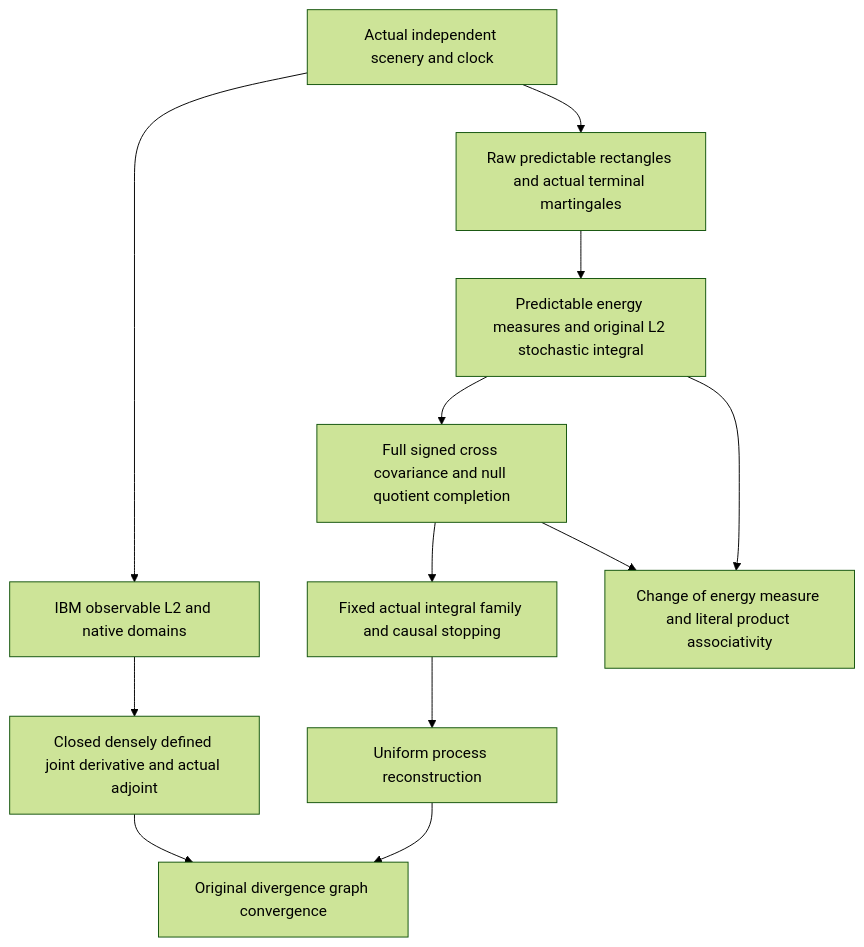
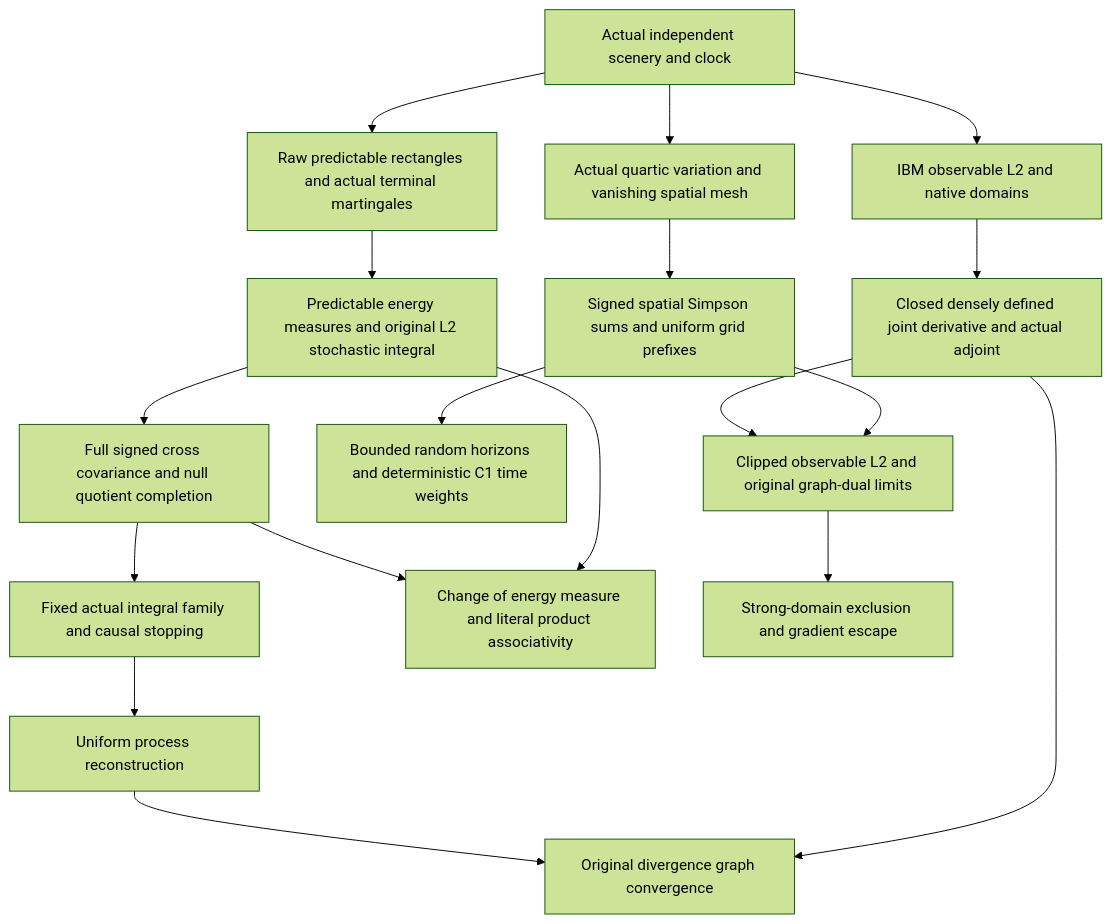
The diagram in STARDUST_BLUEPRINT.md (QuijoticResearch/OperatorDerivativeRewrite), drawn with Mermaid (forest theme) before and after one commit. The commit also changed other lines of this file and 23 other files, not shown here.

````diff
--- a/STARDUST_BLUEPRINT.md
+++ b/STARDUST_BLUEPRINT.md
@@ -72,14 +72,20 @@
 ```mermaid
 graph TD
   A[Actual independent scenery and clock] --> B[IBM observable L2 and native domains]
   B --> C[Closed densely defined joint derivative and actual adjoint]
   A --> D[Raw predictable rectangles and actual terminal martingales]
   D --> E[Predictable energy measures and original L2 stochastic integral]
   E --> F[Full signed cross covariance and null quotient completion]
   F --> G[Fixed actual integral family and causal stopping]
   E --> H[Change of energy measure and literal product associativity]
   F --> H
   G --> I[Uniform process reconstruction]
   C --> J[Original divergence graph convergence]
   I --> J
+  A --> K[Actual quartic variation and vanishing spatial mesh]
+  K --> L[Signed spatial Simpson sums and uniform grid prefixes]
+  L --> M[Bounded random horizons and deterministic C1 time weights]
+  L --> N[Clipped observable L2 and original graph-dual limits]
+  C --> N
+  N --> O[Strong-domain exclusion and gradient escape]
 ```
````
